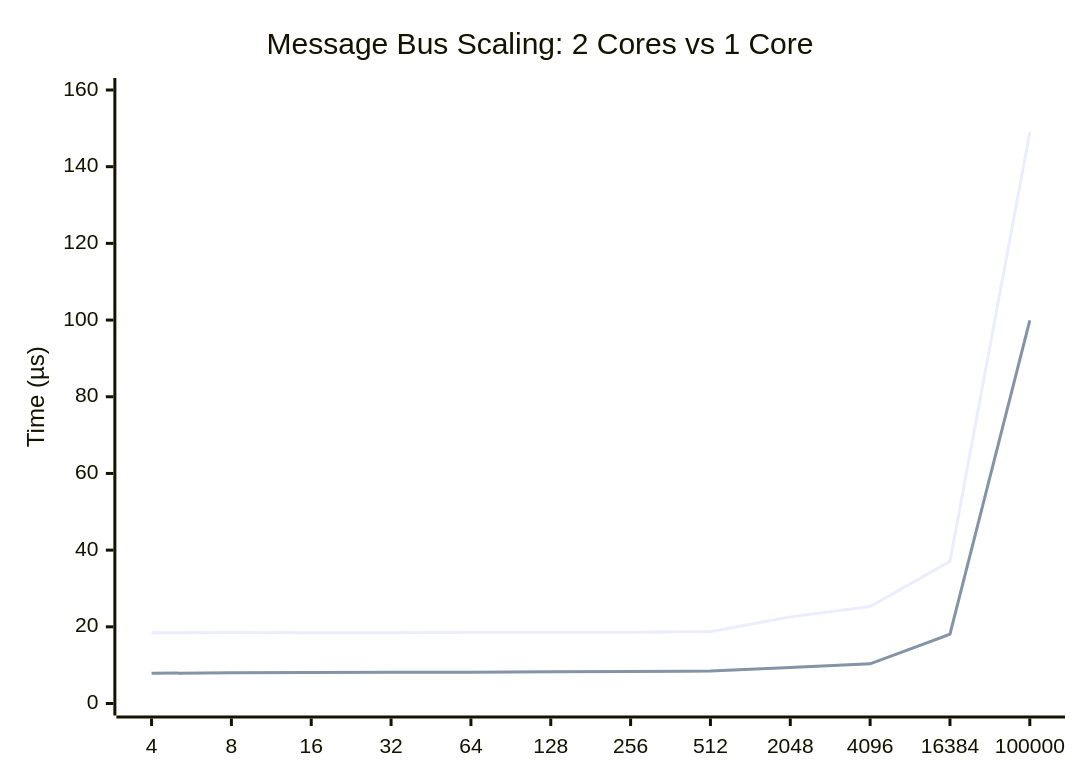
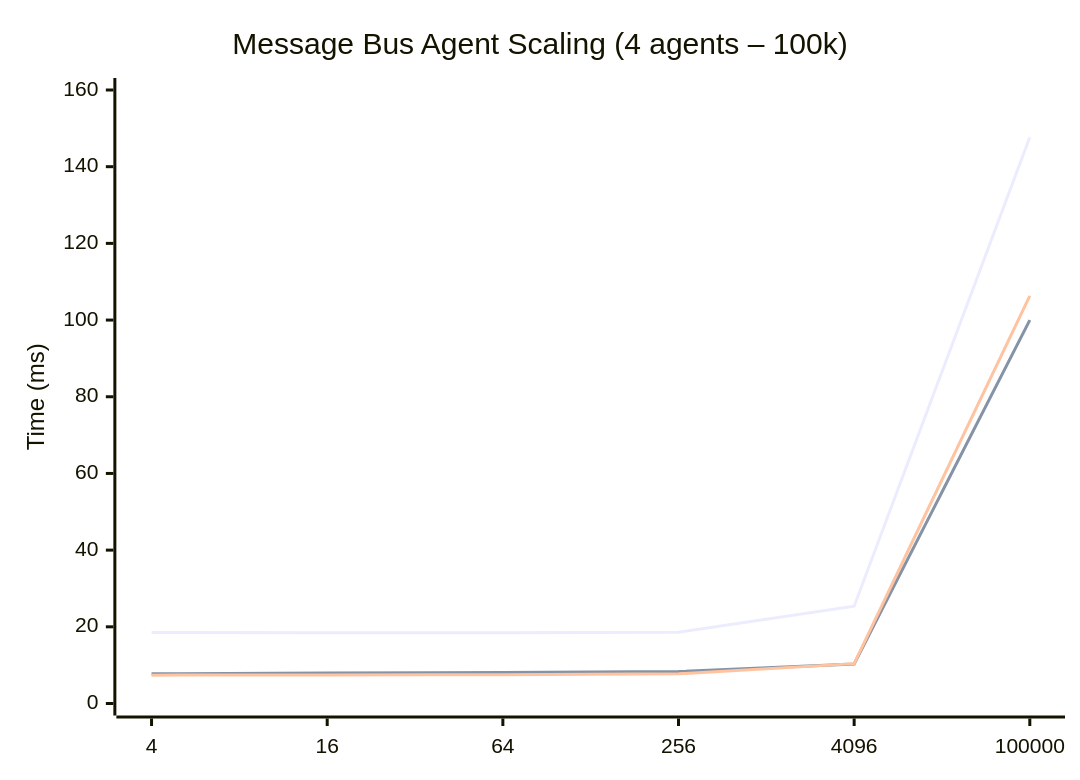
The second of 7 diagrams in docs/BENCHMARKS.MD (Rafned/Krait-Ecosystem), drawn with Mermaid before and after one commit. The commit also changed other lines of this file, not shown here.

````diff
--- a/docs/BENCHMARKS.MD
+++ b/docs/BENCHMARKS.MD
@@ -158,8 +133,9 @@
 ```mermaid
 xychart-beta
-    title "Message Bus Scaling: 2 Cores vs 1 Core"
-    x-axis [4, 8, 16, 32, 64, 128, 256, 512, 2048, 4096, 16384, 100000]
-    y-axis "Time (µs)" 0 --> 160
-    line [18.46, 18.50, 18.43, 18.48, 18.57, 18.55, 18.61, 18.72, 22.59, 25.27, 37.08, 149.0]
-    line [7.86, 8.05, 8.06, 8.13, 8.16, 8.31, 8.36, 8.46, 9.37, 10.35, 18.07, 99.9]
+    title "Message Bus Agent Scaling (4 agents – 100k)"
+    x-axis ["4", "16", "64", "256", "4096", "100000"]
+    y-axis "Time (ms)" 0 --> 160
+    line [18.49, 18.47, 18.48, 18.59, 25.36, 147.7]
+    line [7.74, 7.96, 8.11, 8.33, 10.29, 100.0]
+    line [7.40, 7.45, 7.50, 7.74, 10.39, 106.3]
 ```
````
